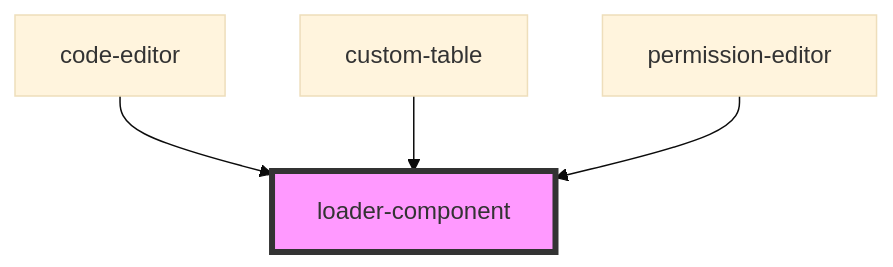
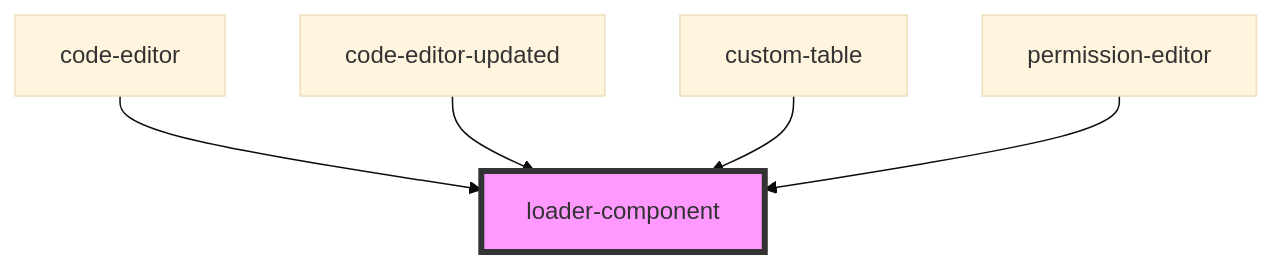
One commit to techvariable/NeptuneConnectComponents changed the diagram in src/components/loader-component/readme.md. Above: the diagram before and after it, drawn with Mermaid (base theme). The commit also changed other lines of this file and 10 other files, not shown here.

Commit message:
creating new code-editor-updated component for introducing new features

````diff
--- a/src/components/loader-component/readme.md
+++ b/src/components/loader-component/readme.md
@@ -17,7 +18,8 @@
 ```mermaid
 graph TD;
   code-editor --> loader-component
+  code-editor-updated --> loader-component
   custom-table --> loader-component
   permission-editor --> loader-component
   style loader-component fill:#f9f,stroke:#333,stroke-width:4px
 ```
````
